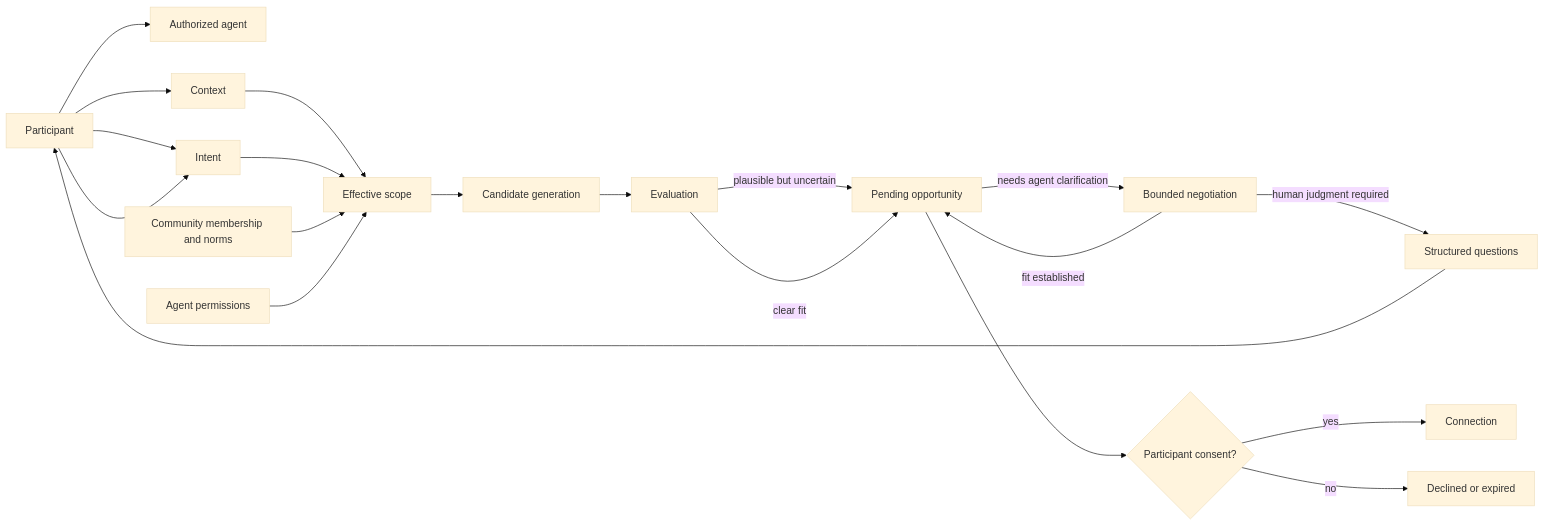
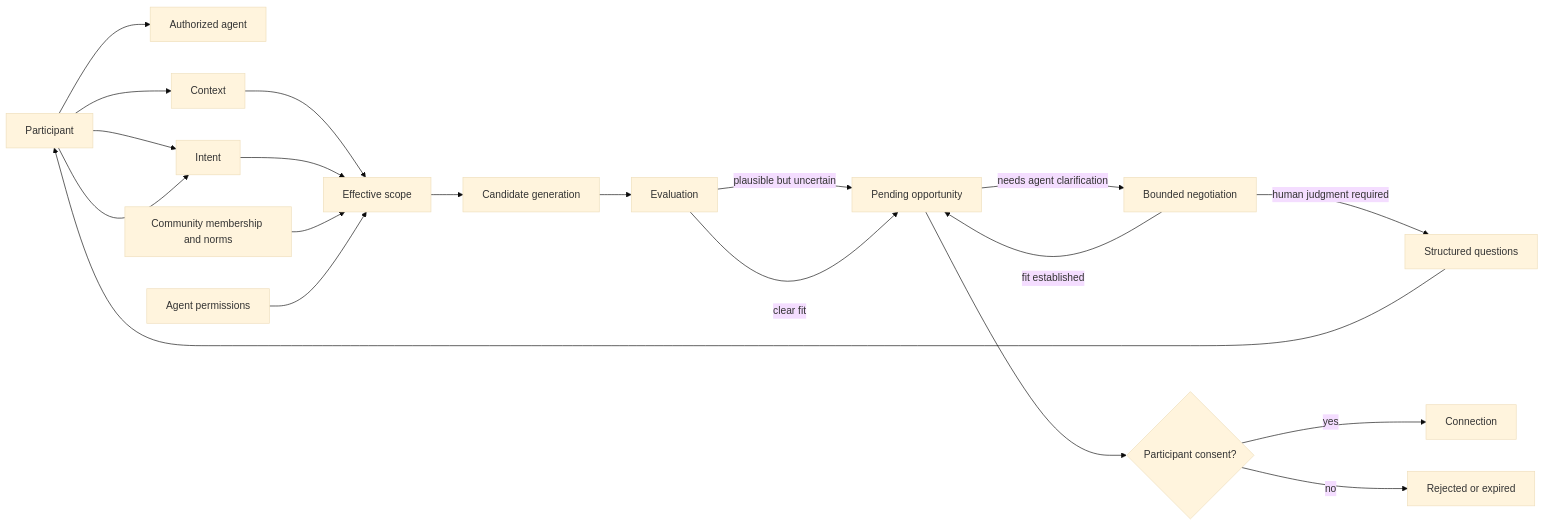
Before and after one commit to indexnetwork/index: the first of 6 diagrams in packages/protocol/README.md, drawn with Mermaid (base theme). The commit also changed other lines of this file and 14 other files, not shown here.

````diff
--- a/packages/protocol/README.md
+++ b/packages/protocol/README.md
@@ -21,25 +21,25 @@
 ```mermaid
 flowchart LR
     Participant[Participant] --> Agent[Authorized agent]
     Participant --> Context[Context]
     Participant --> Intent[Intent]
 
     Context --> Scope[Effective scope]
     Intent --> Scope
     Community[Community membership and norms] --> Scope
     AgentScope[Agent permissions] --> Scope
 
     Scope --> CandidateGeneration[Candidate generation]
     CandidateGeneration --> Evaluation[Evaluation]
     Evaluation -->|plausible but uncertain| Opportunity[Negotiating opportunity]
     Evaluation -->|clear fit| Opportunity[Pending opportunity]
     Opportunity -->|needs agent clarification| Negotiation[Bounded negotiation]
     Negotiation -->|fit established| Opportunity
     Negotiation -->|human judgment required| Questions[Structured questions]
     Questions --> Participant
     Participant --> Intent
 
     Opportunity --> Consent{Participant consent?}
     Consent -->|yes| Connection[Connection]
-    Consent -->|no| Terminal[Declined or expired]
+    Consent -->|no| Terminal[Rejected or expired]
 ```
````
